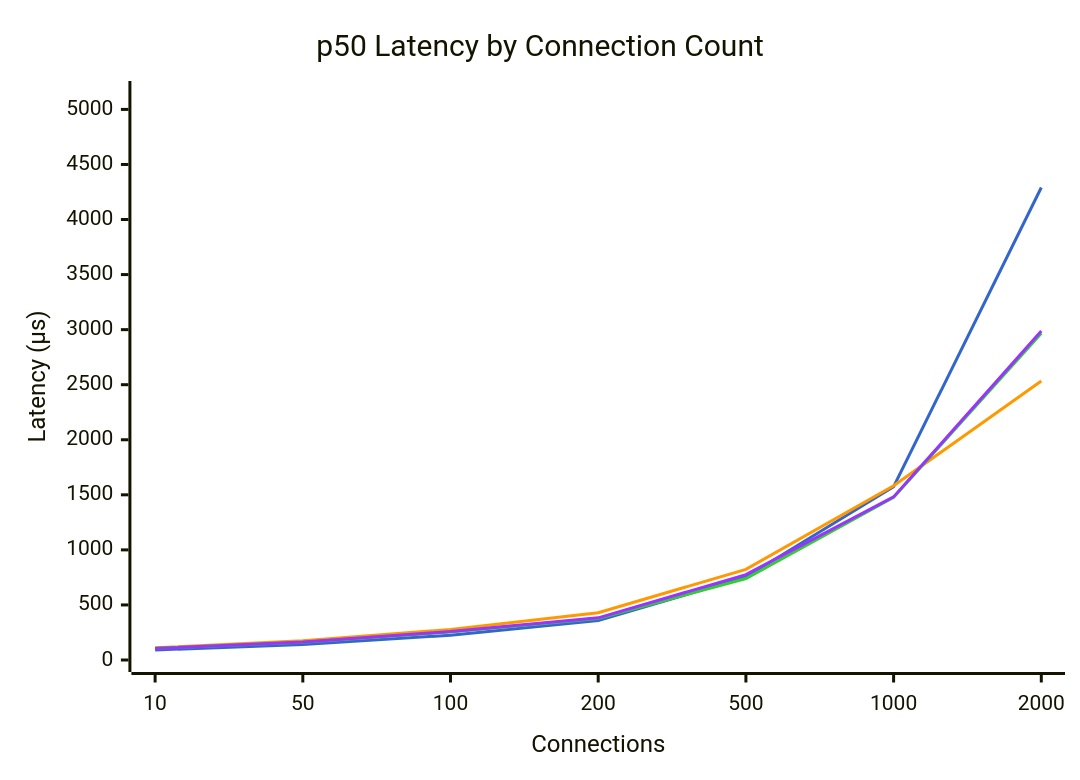
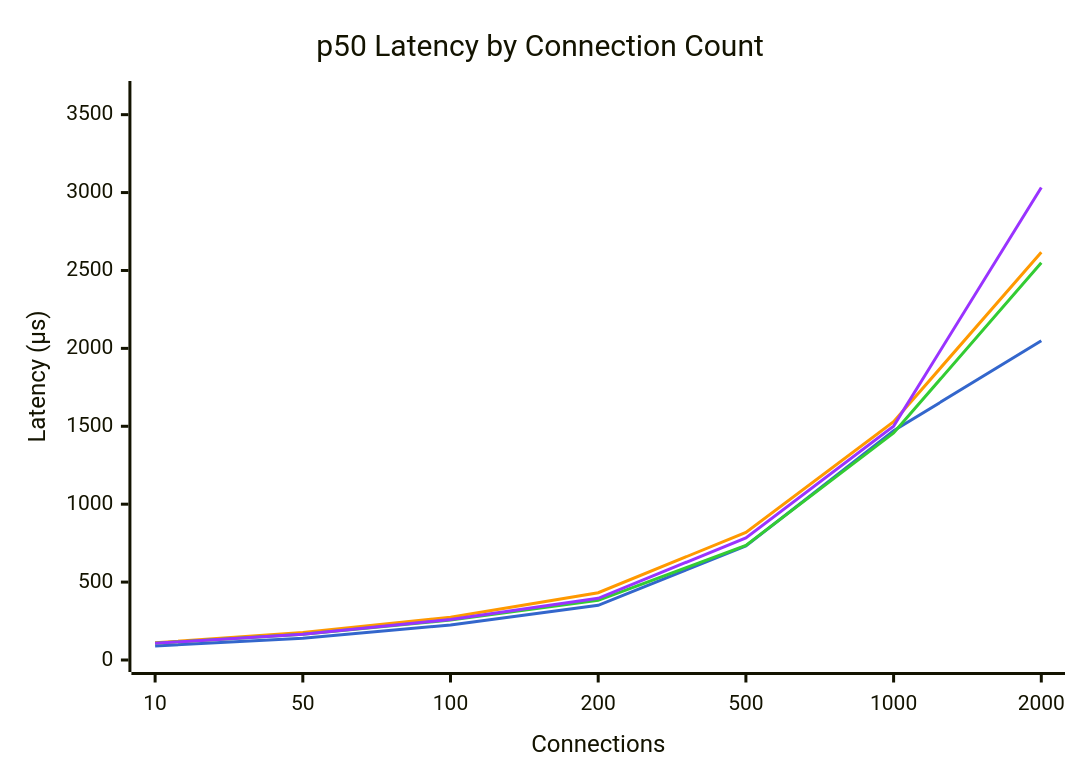
One commit to youyuanwu/bypass-misc changed the fourth of 6 diagrams in docs/Bench/Azure/Standard_D8s_v5.md. Above: the diagram before and after it, drawn with Mermaid. The commit also changed other lines of this file and 5 other files, not shown here.

````diff
--- a/docs/Bench/Azure/Standard_D8s_v5.md
+++ b/docs/Bench/Azure/Standard_D8s_v5.md
@@ -107,16 +107,16 @@
 ```mermaid
 ---
 config:
     themeVariables:
         xyChart:
             plotColorPalette: "#3366cc, #ff9900, #33cc33, #9933ff"
 ---
 xychart-beta
     title "p50 Latency by Connection Count"
     x-axis "Connections" [10, 50, 100, 200, 500, 1000, 2000]
-    y-axis "Latency (μs)" 0 --> 5149
-    line "dpdk" [91, 140, 225, 358, 754, 1573, 4291]
-    line "tokio" [111, 174, 278, 430, 823, 1582, 2533]
-    line "tokio-local" [106, 161, 255, 376, 740, 1477, 2967]
-    line "kimojio" [105, 163, 258, 383, 775, 1481, 2987]
+    y-axis "Latency (μs)" 0 --> 3639
+    line "dpdk" [90, 140, 225, 351, 732, 1471, 2049]
+    line "tokio" [110, 177, 275, 432, 819, 1529, 2617]
+    line "tokio-local" [107, 165, 256, 383, 735, 1457, 2549]
+    line "kimojio" [107, 165, 260, 396, 784, 1501, 3033]
 ```
````
